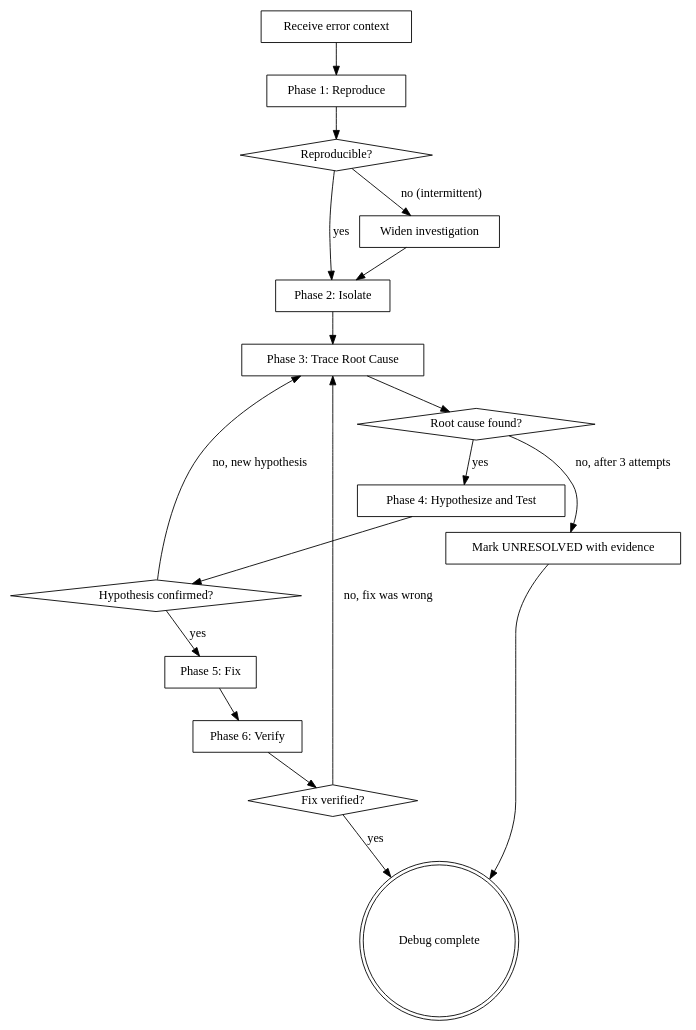
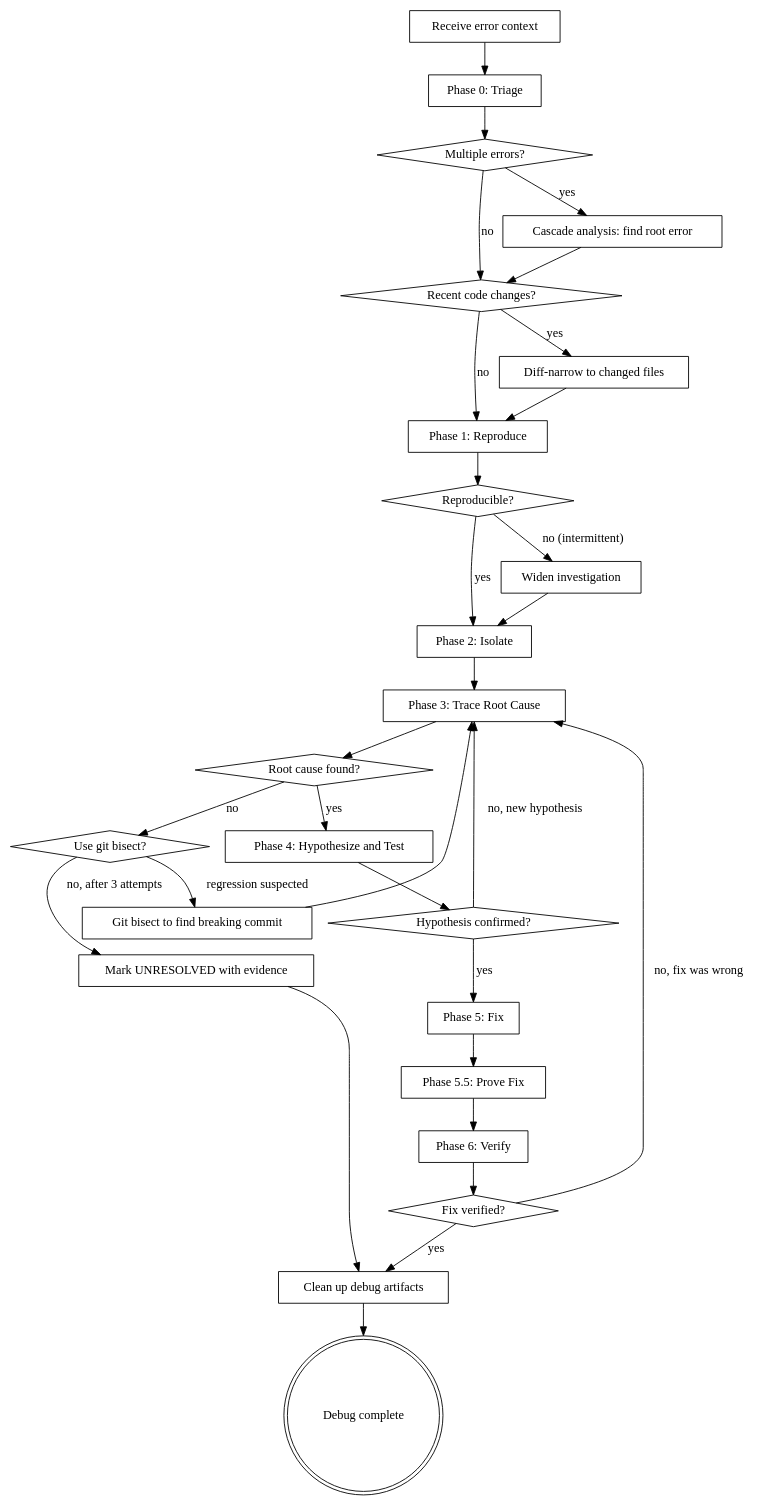
The first of 3 diagrams in skills/auto-debug/SKILL.md (hybriden/shipwright), drawn with Graphviz before and after one commit. The commit also changed other lines of this file and 2 other files, not shown here.

First line of the commit message:
feat: advanced debugging techniques for auto-debug

````diff
--- a/skills/auto-debug/SKILL.md
+++ b/skills/auto-debug/SKILL.md
@@ -37,38 +37,59 @@
 ```dot
 digraph auto_debug {
     rankdir=TB;
 
     "Receive error context" [shape=box];
+    "Phase 0: Triage" [shape=box];
+    "Multiple errors?" [shape=diamond];
+    "Cascade analysis: find root error" [shape=box];
+    "Recent code changes?" [shape=diamond];
+    "Diff-narrow to changed files" [shape=box];
     "Phase 1: Reproduce" [shape=box];
     "Reproducible?" [shape=diamond];
     "Phase 2: Isolate" [shape=box];
     "Phase 3: Trace Root Cause" [shape=box];
     "Root cause found?" [shape=diamond];
+    "Use git bisect?" [shape=diamond];
+    "Git bisect to find breaking commit" [shape=box];
     "Phase 4: Hypothesize and Test" [shape=box];
     "Hypothesis confirmed?" [shape=diamond];
     "Phase 5: Fix" [shape=box];
+    "Phase 5.5: Prove Fix" [shape=box];
     "Phase 6: Verify" [shape=box];
     "Fix verified?" [shape=diamond];
     "Widen investigation" [shape=box];
     "Mark UNRESOLVED with evidence" [shape=box];
+    "Clean up debug artifacts" [shape=box];
     "Debug complete" [shape=doublecircle];
 
-    "Receive error context" -> "Phase 1: Reproduce";
+    "Receive error context" -> "Phase 0: Triage";
+    "Phase 0: Triage" -> "Multiple errors?";
+    "Multiple errors?" -> "Cascade analysis: find root error" [label="yes"];
+    "Multiple errors?" -> "Recent code changes?" [label="no"];
+    "Cascade analysis: find root error" -> "Recent code changes?";
+    "Recent code changes?" -> "Diff-narrow to changed files" [label="yes"];
+    "Recent code changes?" -> "Phase 1: Reproduce" [label="no"];
+    "Diff-narrow to changed files" -> "Phase 1: Reproduce";
     "Phase 1: Reproduce" -> "Reproducible?";
     "Reproducible?" -> "Phase 2: Isolate" [label="yes"];
     "Reproducible?" -> "Widen investigation" [label="no (intermittent)"];
     "Widen investigation" -> "Phase 2: Isolate";
     "Phase 2: Isolate" -> "Phase 3: Trace Root Cause";
     "Phase 3: Trace Root Cause" -> "Root cause found?";
     "Root cause found?" -> "Phase 4: Hypothesize and Test" [label="yes"];
-    "Root cause found?" -> "Mark UNRESOLVED with evidence" [label="no, after 3 attempts"];
+    "Root cause found?" -> "Use git bisect?" [label="no"];
+    "Use git bisect?" -> "Git bisect to find breaking commit" [label="regression suspected"];
+    "Use git bisect?" -> "Mark UNRESOLVED with evidence" [label="no, after 3 attempts"];
+    "Git bisect to find breaking commit" -> "Phase 3: Trace Root Cause";
     "Phase 4: Hypothesize and Test" -> "Hypothesis confirmed?";
     "Hypothesis confirmed?" -> "Phase 5: Fix" [label="yes"];
     "Hypothesis confirmed?" -> "Phase 3: Trace Root Cause" [label="no, new hypothesis"];
-    "Phase 5: Fix" -> "Phase 6: Verify";
+    "Phase 5: Fix" -> "Phase 5.5: Prove Fix";
+    "Phase 5.5: Prove Fix" -> "Phase 6: Verify";
     "Phase 6: Verify" -> "Fix verified?";
-    "Fix verified?" -> "Debug complete" [label="yes"];
+    "Fix verified?" -> "Clean up debug artifacts" [label="yes"];
     "Fix verified?" -> "Phase 3: Trace Root Cause" [label="no, fix was wrong"];
-    "Mark UNRESOLVED with evidence" -> "Debug complete";
+    "Clean up debug artifacts" -> "Debug complete";
+    "Mark UNRESOLVED with evidence" -> "Clean up debug artifacts";
 }
 ```
````
